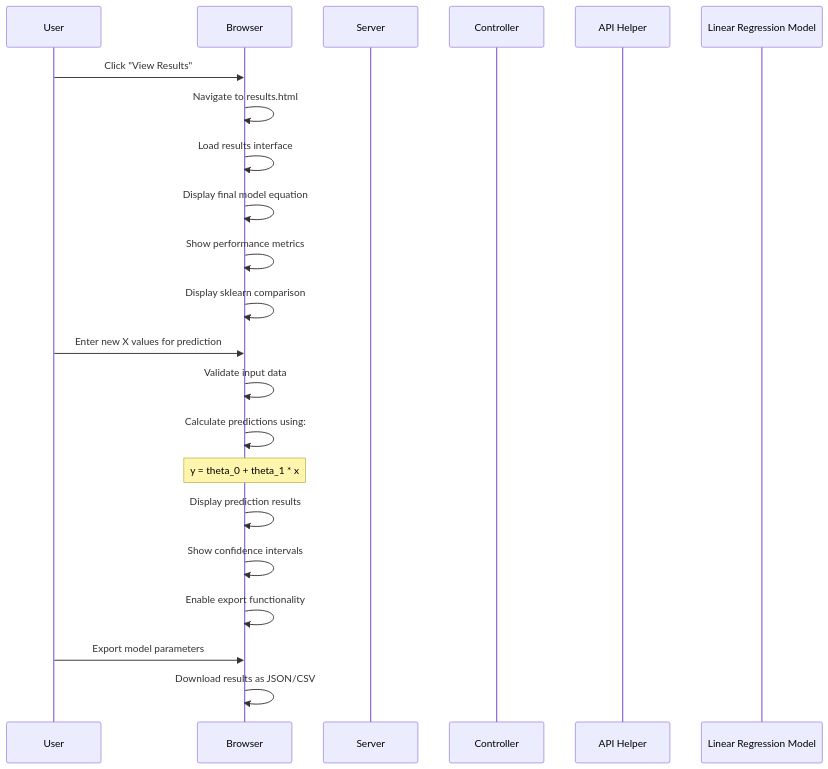
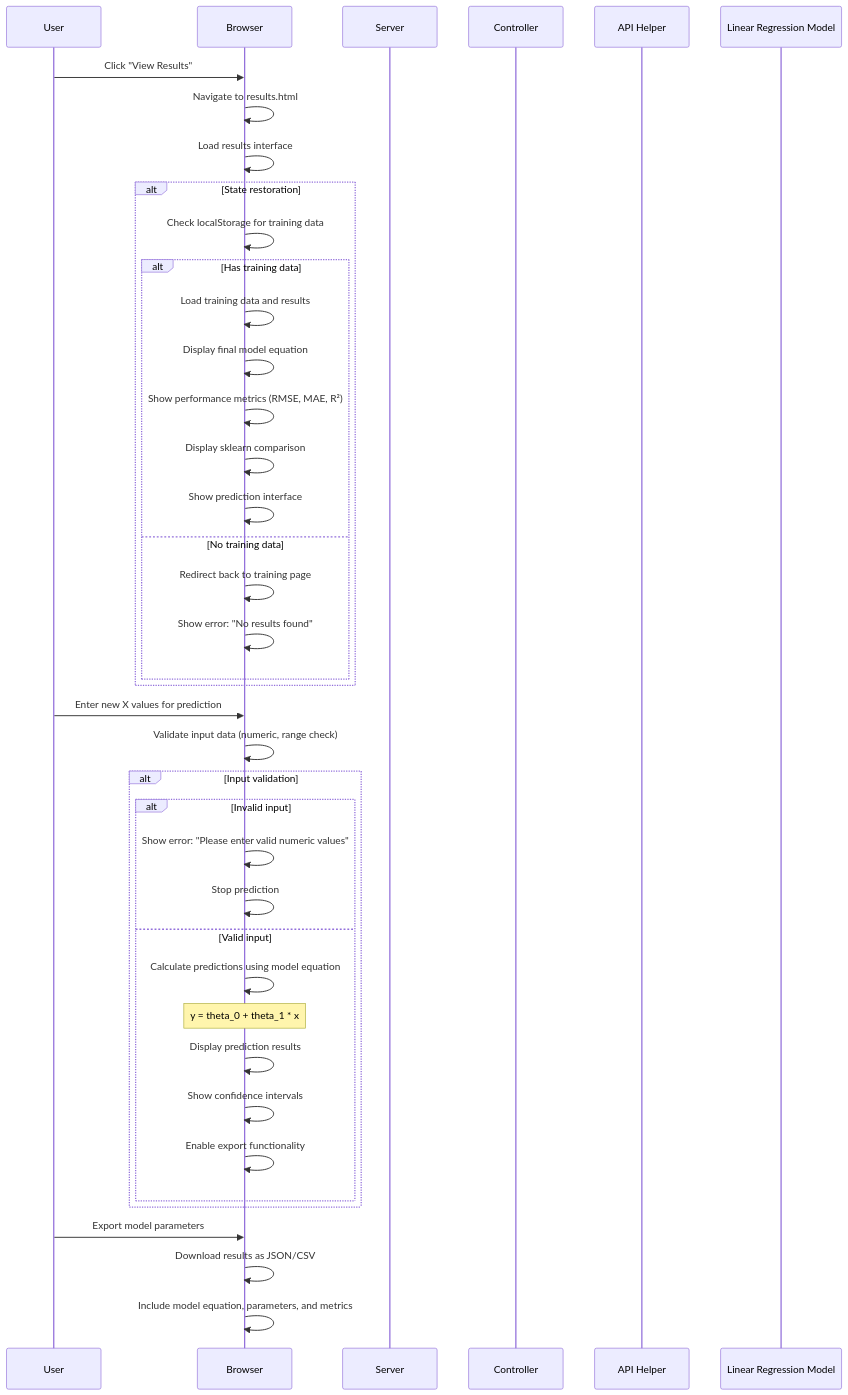
One commit to Rameel-Ahmed/linear-regression-final changed the tenth of 10 diagrams in sequence_diagram.md. Above: the diagram before and after it, drawn with Mermaid. The commit also changed other lines of this file, not shown here.

````diff
--- a/sequence_diagram.md
+++ b/sequence_diagram.md
@@ -190,28 +577,49 @@
 ```mermaid
 sequenceDiagram
     participant U as User
     participant B as Browser
     participant S as Server
     participant C as Controller
     participant H as API Helper
     participant M as Linear Regression Model
 
     U->>B: Click "View Results"
     B->>B: Navigate to results.html
     B->>B: Load results interface
-    B->>B: Display final model equation
-    B->>B: Show performance metrics
-    B->>B: Display sklearn comparison
+    
+    alt State restoration
+        B->>B: Check localStorage for training data
+        
+        alt Has training data
+            B->>B: Load training data and results
+            B->>B: Display final model equation
+            B->>B: Show performance metrics (RMSE, MAE, R²)
+            B->>B: Display sklearn comparison
+            B->>B: Show prediction interface
+        else No training data
+            B->>B: Redirect back to training page
+            B->>B: Show error: "No results found"
+        end
+    end
     
     U->>B: Enter new X values for prediction
-    B->>B: Validate input data
-    B->>B: Calculate predictions using:
-    Note over B: y = theta_0 + theta_1 * x
+    B->>B: Validate input data (numeric, range check)
     
-    B->>B: Display prediction results
-    B->>B: Show confidence intervals
-    B->>B: Enable export functionality
+    alt Input validation
+        alt Invalid input
+            B->>B: Show error: "Please enter valid numeric values"
+            B->>B: Stop prediction
+        else Valid input
+            B->>B: Calculate predictions using model equation
+            Note over B: y = theta_0 + theta_1 * x
+            
+            B->>B: Display prediction results
+            B->>B: Show confidence intervals
+            B->>B: Enable export functionality
+        end
+    end
     
     U->>B: Export model parameters
     B->>B: Download results as JSON/CSV
+    B->>B: Include model equation, parameters, and metrics
 ```
````
